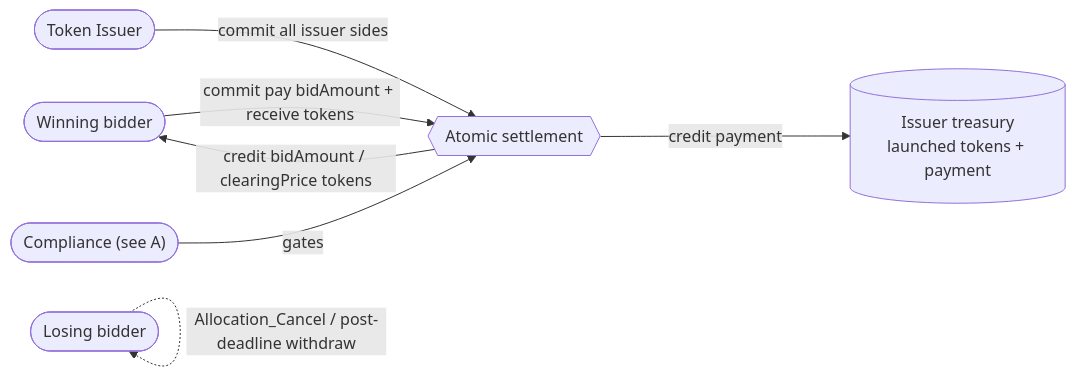
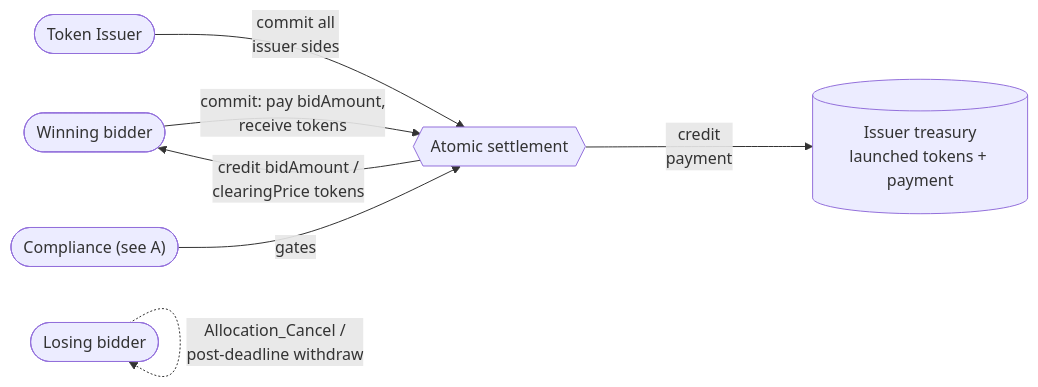
Before and after one commit to OpenZeppelin/canton-specs: the fourth of 5 diagrams in docs/ri-reports/04-confidential-auction.md, drawn with Mermaid. The commit also changed other lines of this file, not shown here.

````diff
--- a/docs/ri-reports/04-confidential-auction.md
+++ b/docs/ri-reports/04-confidential-auction.md
@@ -224,16 +220,16 @@
 ```mermaid
 flowchart LR
     Winner([Winning bidder])
     Loser([Losing bidder])
     Issuer([Token Issuer])
     Compliance(["Compliance (see A)"])
     Settle{{Atomic settlement}}
     Treasury[("Issuer treasury<br/>launched tokens + payment")]
 
-    Winner -->|"commit pay bidAmount + receive tokens"| Settle
-    Issuer -->|"commit all issuer sides"| Settle
+    Winner -->|"commit: pay bidAmount,<br/>receive tokens"| Settle
+    Issuer -->|"commit all<br/>issuer sides"| Settle
     Compliance -->|"gates"| Settle
-    Settle -->|"credit payment"| Treasury
-    Settle -->|"credit bidAmount / clearingPrice tokens"| Winner
-    Loser -.->|"Allocation_Cancel / post-deadline withdraw"| Loser
+    Settle -->|"credit<br/>payment"| Treasury
+    Settle -->|"credit bidAmount /<br/>clearingPrice tokens"| Winner
+    Loser -.->|"Allocation_Cancel /<br/>post-deadline withdraw"| Loser
 ```
````
